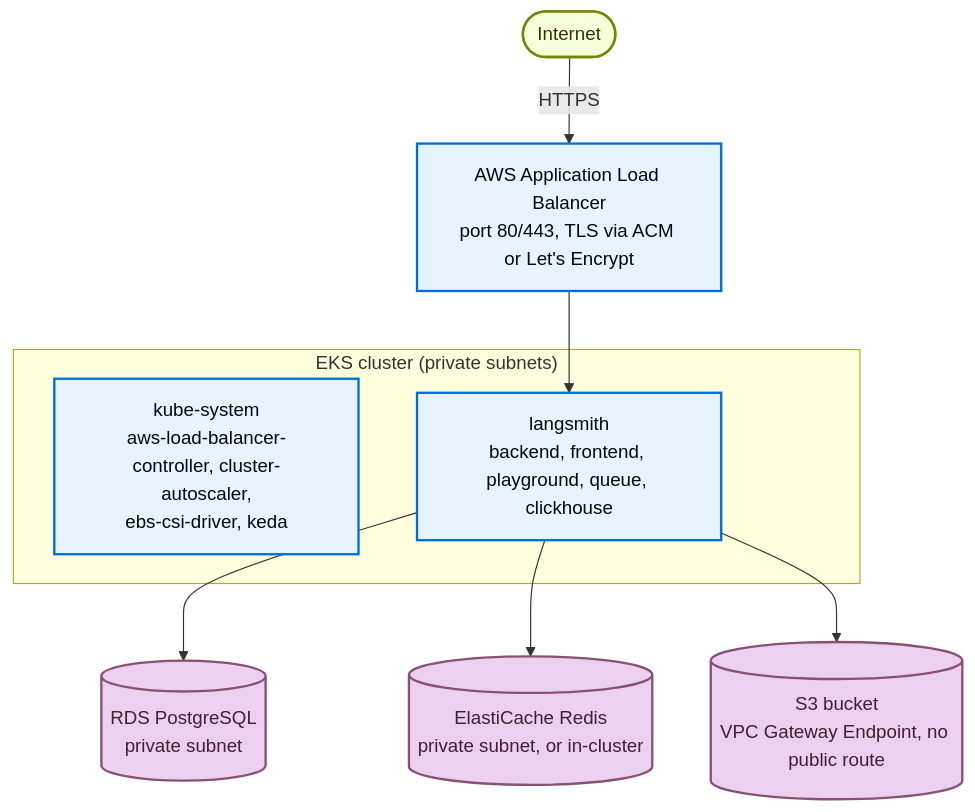
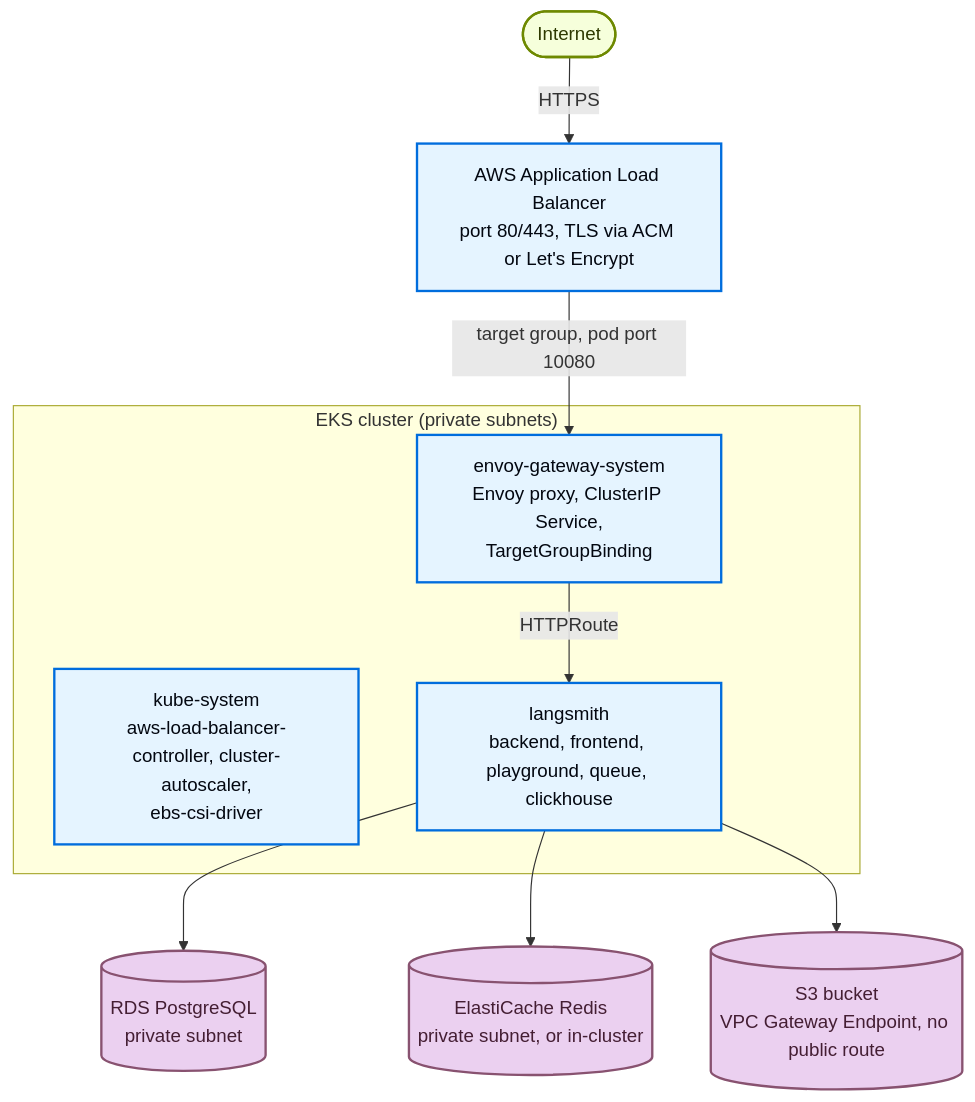
The first of 2 diagrams in src/langsmith/self-host-terraform-aws-architecture.mdx (langchain-ai/docs), drawn with Mermaid before and after one commit. The commit also changed other lines of this file and 4 other files, not shown here.

````diff
--- a/src/langsmith/self-host-terraform-aws-architecture.mdx
+++ b/src/langsmith/self-host-terraform-aws-architecture.mdx
@@ -139,28 +161,30 @@
 ```mermaid actions={false}
 graph TD
     Internet(["Internet"])
     ALB["AWS Application Load Balancer<br/>port 80/443, TLS via ACM or Let's Encrypt"]
 
     subgraph EKS["EKS cluster (private subnets)"]
-        KubeSystem["kube-system<br/>aws-load-balancer-controller, cluster-autoscaler,<br/>ebs-csi-driver, keda"]
+        EGS["envoy-gateway-system<br/>Envoy proxy, ClusterIP Service,<br/>TargetGroupBinding"]
+        KubeSystem["kube-system<br/>aws-load-balancer-controller, cluster-autoscaler,<br/>ebs-csi-driver"]
         LangSmith["langsmith<br/>backend, frontend, playground, queue, clickhouse"]
     end
 
     RDS[("RDS PostgreSQL<br/>private subnet")]
     Cache[("ElastiCache Redis<br/>private subnet, or in-cluster")]
     S3[("S3 bucket<br/>VPC Gateway Endpoint, no public route")]
 
     Internet -->|HTTPS| ALB
-    ALB --> LangSmith
+    ALB -->|target group, pod port 10080| EGS
+    EGS -->|HTTPRoute| LangSmith
     LangSmith --> RDS
     LangSmith --> Cache
     LangSmith --> S3
 
     classDef trigger fill:#F6FFDB,stroke:#6E8900,stroke-width:2px,color:#2E3900
     classDef process fill:#E5F4FF,stroke:#006DDD,stroke-width:2px,color:#030710
     classDef output fill:#EBD0F0,stroke:#885270,stroke-width:2px,color:#441E33
 
     class Internet trigger
-    class ALB,KubeSystem,LangSmith process
+    class ALB,EGS,KubeSystem,LangSmith process
     class RDS,Cache,S3 output
 ```
````
